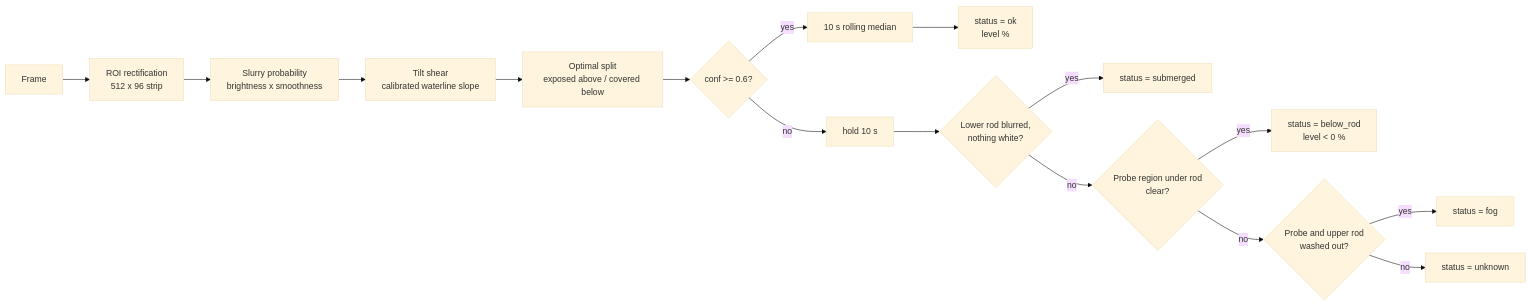
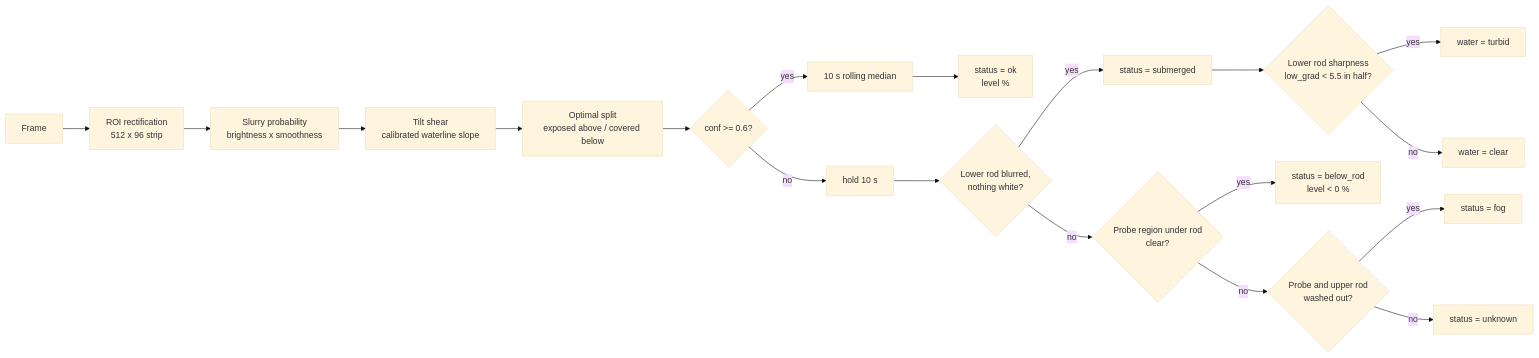
The diagram in projects/agitator-rod-level/README.md (antimanaax426/antimanaax426.github.io), drawn with Mermaid (base theme) before and after one commit. The commit also changed other lines of this file and 12 other files, not shown here.

First line of the commit message:
agitator-rod-level: update to V1.6.5 (milky / clear liquid while submerged)

````diff
--- a/projects/agitator-rod-level/README.md
+++ b/projects/agitator-rod-level/README.md
@@ -36,18 +36,21 @@
 ```mermaid
 flowchart LR
     F[Frame] --> R[ROI rectification<br/>512 x 96 strip]
     R --> P[Slurry probability<br/>brightness x smoothness]
     P --> S[Tilt shear<br/>calibrated waterline slope]
     S --> K[Optimal split<br/>exposed above / covered below]
     K --> C{conf >= 0.6?}
     C -- yes --> M[10 s rolling median]
     C -- no --> H[hold 10 s]
     M --> OK[status = ok<br/>level %]
     H --> W{Lower rod blurred,<br/>nothing white?}
     W -- yes --> SM[status = submerged]
+    SM --> WT{Lower rod sharpness<br/>low_grad < 5.5 in half?}
+    WT -- yes --> TB[water = turbid]
+    WT -- no --> CL[water = clear]
     W -- no --> B{Probe region under rod<br/>clear?}
     B -- yes --> BR[status = below_rod<br/>level < 0 %]
     B -- no --> FG{Probe and upper rod<br/>washed out?}
     FG -- yes --> FO[status = fog]
     FG -- no --> UK[status = unknown]
 ```
````
